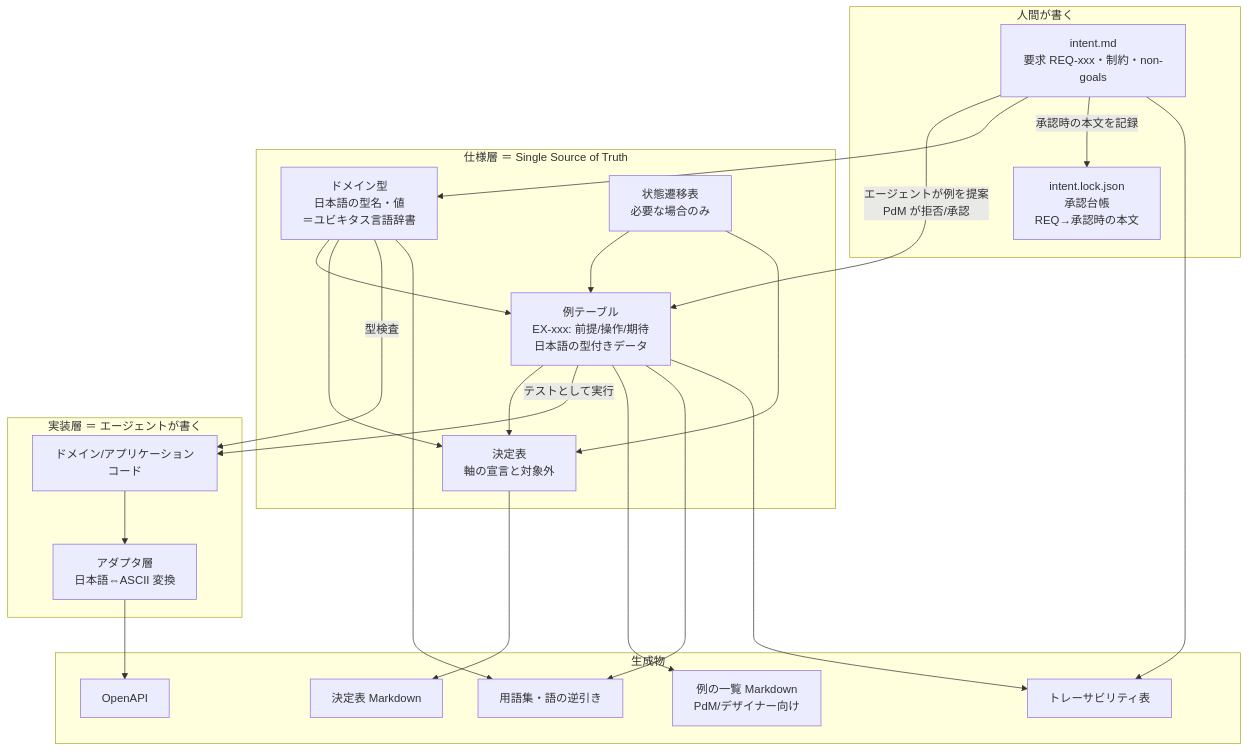
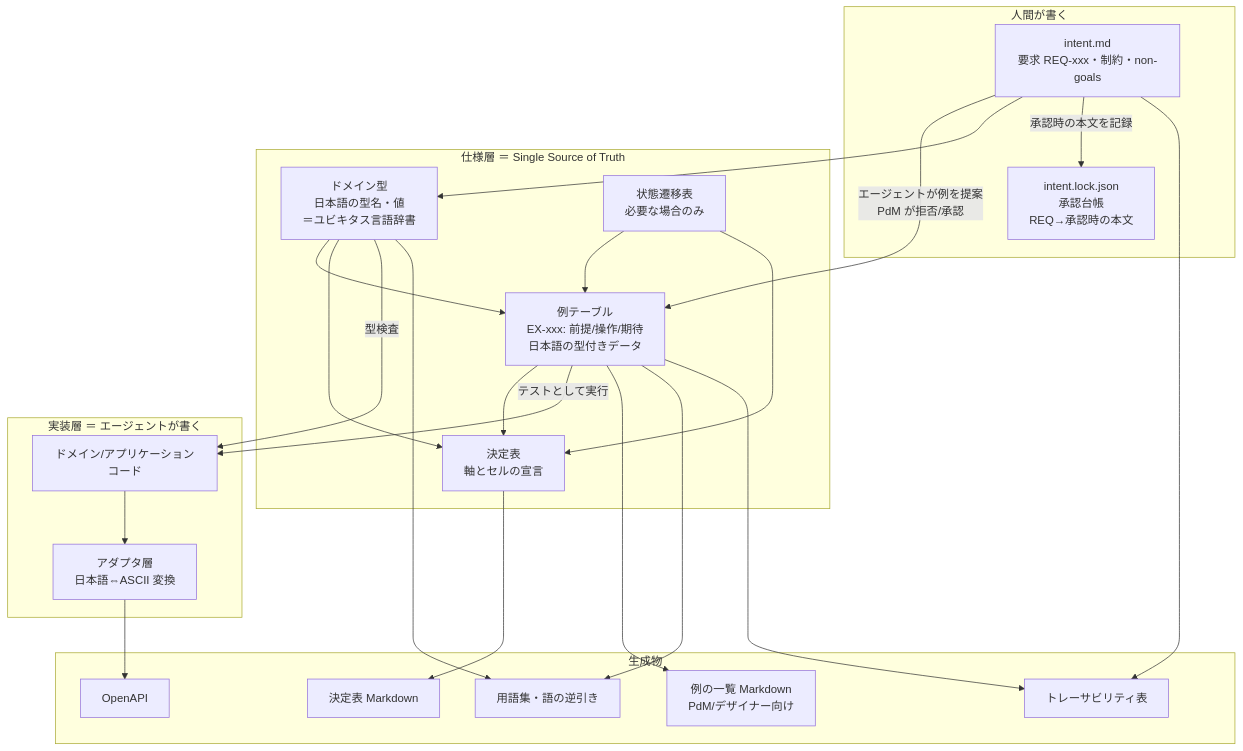
One commit to kuchita-el/claude-shared-skills changed the first of 3 diagrams in docs/development/spec-as-code/design.md. Above: the diagram before and after it, drawn with Mermaid. The commit also changed other lines of this file, not shown here.

````diff
--- a/docs/development/spec-as-code/design.md
+++ b/docs/development/spec-as-code/design.md
@@ -36,42 +36,42 @@
 ```mermaid
 flowchart TD
     subgraph human["人間が書く"]
         I["intent.md<br/>要求 REQ-xxx・制約・non-goals"]
         L["intent.lock.json<br/>承認台帳<br/>REQ→承認時の本文"]
     end
     subgraph spec["仕様層 ＝ Single Source of Truth"]
         T["ドメイン型<br/>日本語の型名・値<br/>＝ユビキタス言語辞書"]
         E["例テーブル<br/>EX-xxx: 前提/操作/期待<br/>日本語の型付きデータ"]
         S["状態遷移表<br/>必要な場合のみ"]
-        X["決定表<br/>軸の宣言と対象外"]
+        X["決定表<br/>軸とセルの宣言"]
     end
     subgraph impl["実装層 ＝ エージェントが書く"]
         C["ドメイン/アプリケーションコード"]
         AD["アダプタ層<br/>日本語⇔ASCII 変換"]
     end
     subgraph generated["生成物"]
         D1["例の一覧 Markdown<br/>PdM/デザイナー向け"]
         D2["トレーサビリティ表"]
         D3["OpenAPI"]
         D4["用語集・語の逆引き"]
         D5["決定表 Markdown"]
     end
     I -->|"エージェントが例を提案<br/>PdM が拒否/承認"| E
     I --> T
     I -->|"承認時の本文を記録"| L
     T --> E
     S --> E
     T --> X
     S --> X
     E --> X
     E -->|"テストとして実行"| C
     T -->|"型検査"| C
     C --> AD
     E --> D1
     X --> D5
     T --> D4
     E --> D4
     E --> D2
     I --> D2
     AD --> D3
 ```
````
